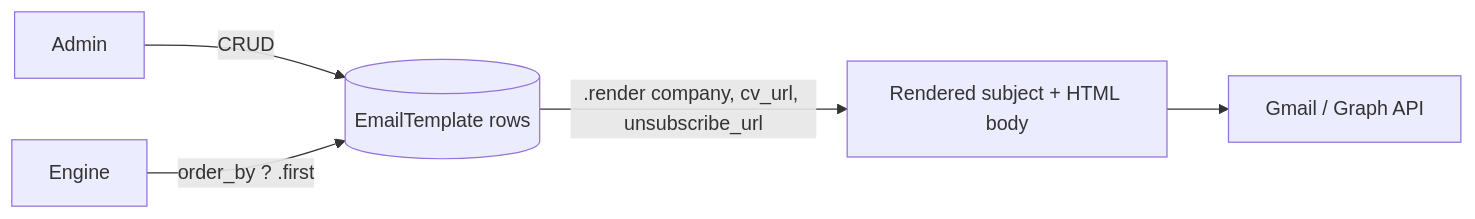
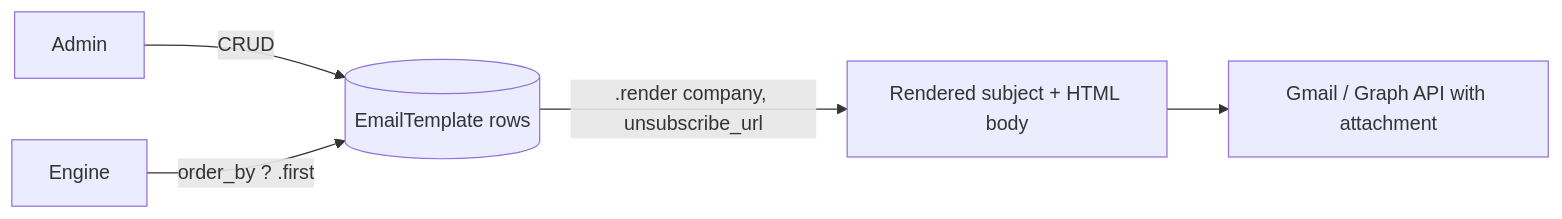
One commit to darideveloper/fastjob changed the diagram in docs/features/email-templates.md. Above: the diagram before and after it, drawn with Mermaid. The commit also changed other lines of this file and 9 other files, not shown here.

````diff
--- a/docs/features/email-templates.md
+++ b/docs/features/email-templates.md
@@ -9,7 +9,7 @@
 ```mermaid
 flowchart LR
     Admin -->|CRUD| Templates[(EmailTemplate rows)]
     Engine -->|order_by ? .first| Templates
-    Templates -->|.render company, cv_url, unsubscribe_url| Email[Rendered subject + HTML body]
-    Email --> Send[Gmail / Graph API]
+    Templates -->|.render company, unsubscribe_url| Email[Rendered subject + HTML body]
+    Email --> Send[Gmail / Graph API with attachment]
 ```
````
